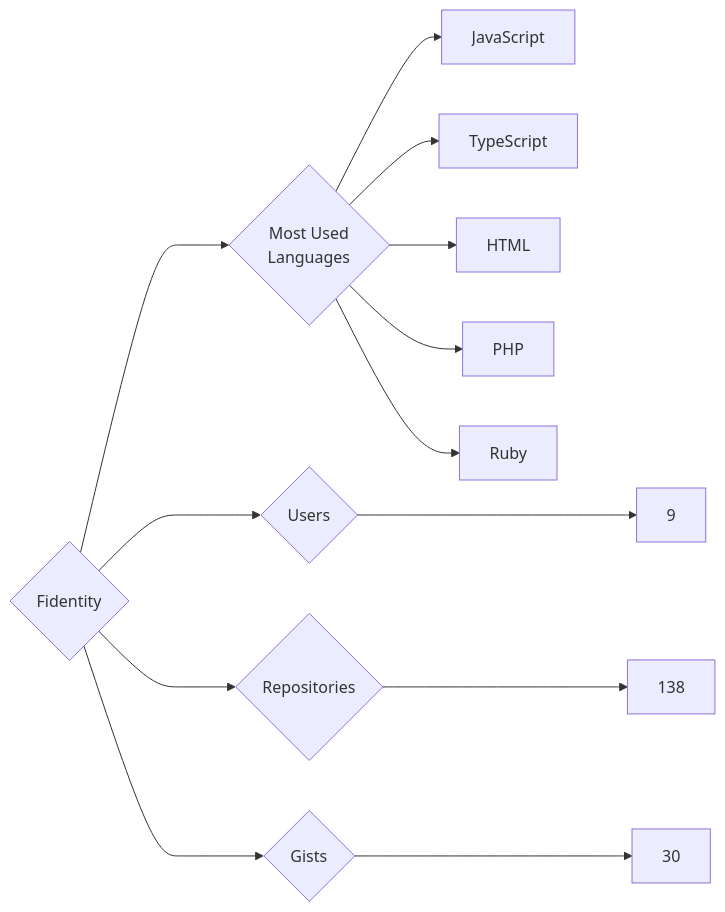
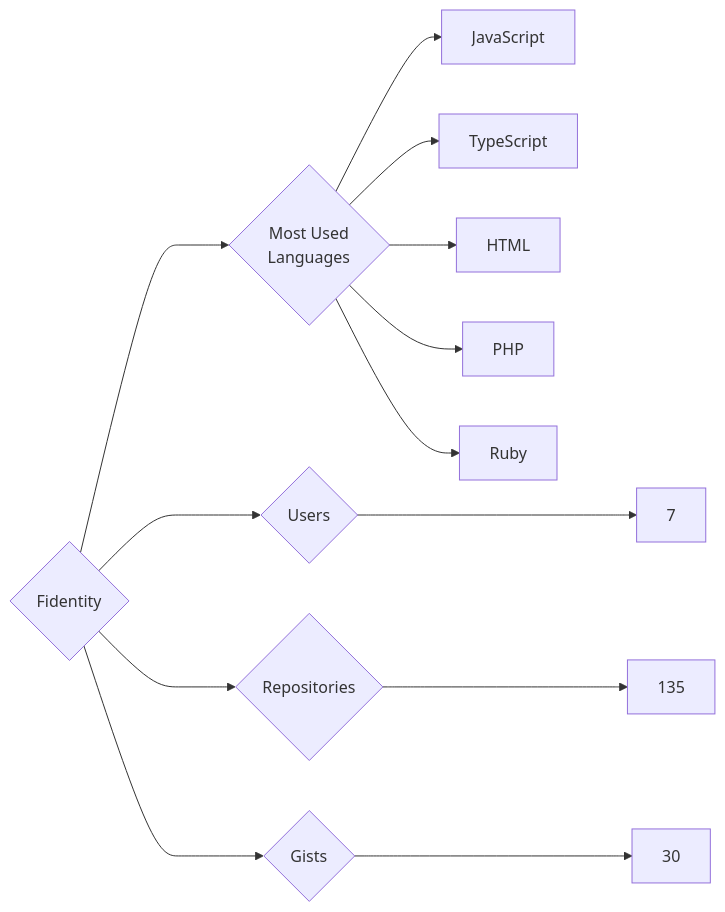
Before and after one commit to trickest/insiders: the diagram in targets/Fidentity/README.md, drawn with Mermaid. The commit also changed 857 other files, not shown here.

````diff
--- a/targets/Fidentity/README.md
+++ b/targets/Fidentity/README.md
@@ -3,13 +3,13 @@
 ```mermaid
 graph LR
 COMPANY_NAME{Fidentity}
-COMPANY_NAME ---> U{Users} ---> UN[9]
-COMPANY_NAME ---> R{Repositories} ---> RN[138]
+COMPANY_NAME ---> U{Users} ---> UN[7]
+COMPANY_NAME ---> R{Repositories} ---> RN[135]
 COMPANY_NAME ---> G{Gists} ---> GN[30]
 COMPANY_NAME ---> ML{Most Used<br>Languages}
 ML --> JavaScript[JavaScript]
 ML --> TypeScript[TypeScript]
 ML --> HTML[HTML]
 ML --> PHP[PHP]
 ML --> Ruby[Ruby]
 ```
````
